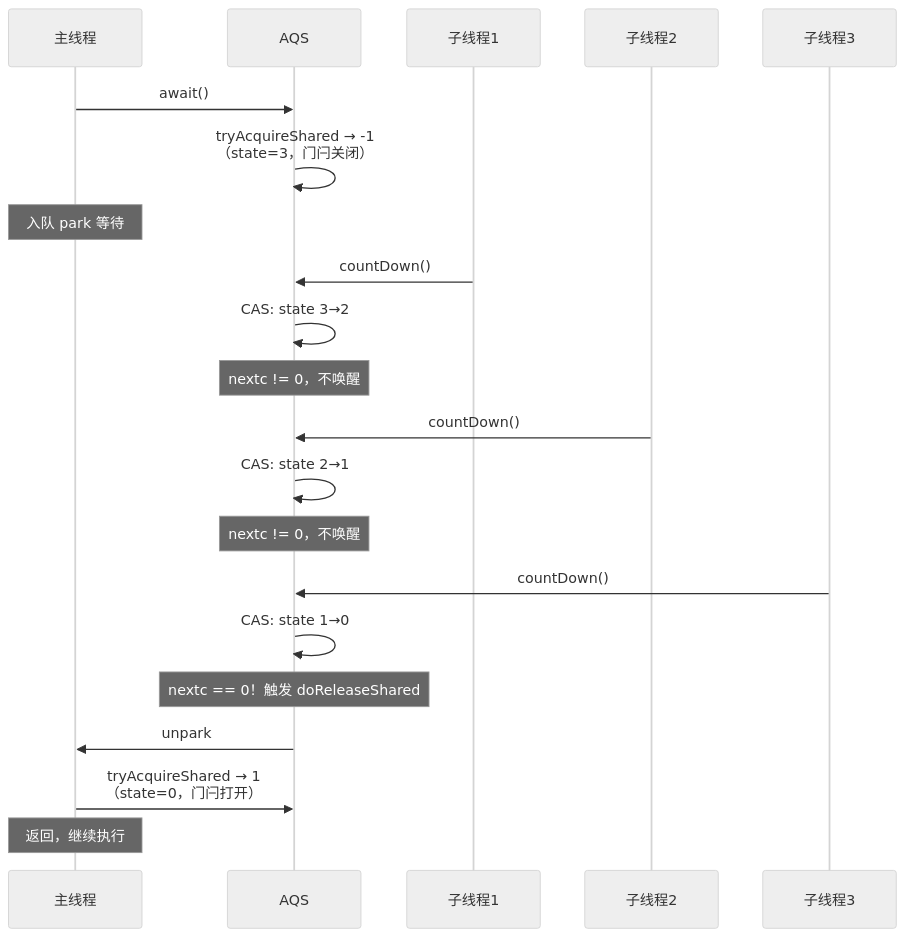
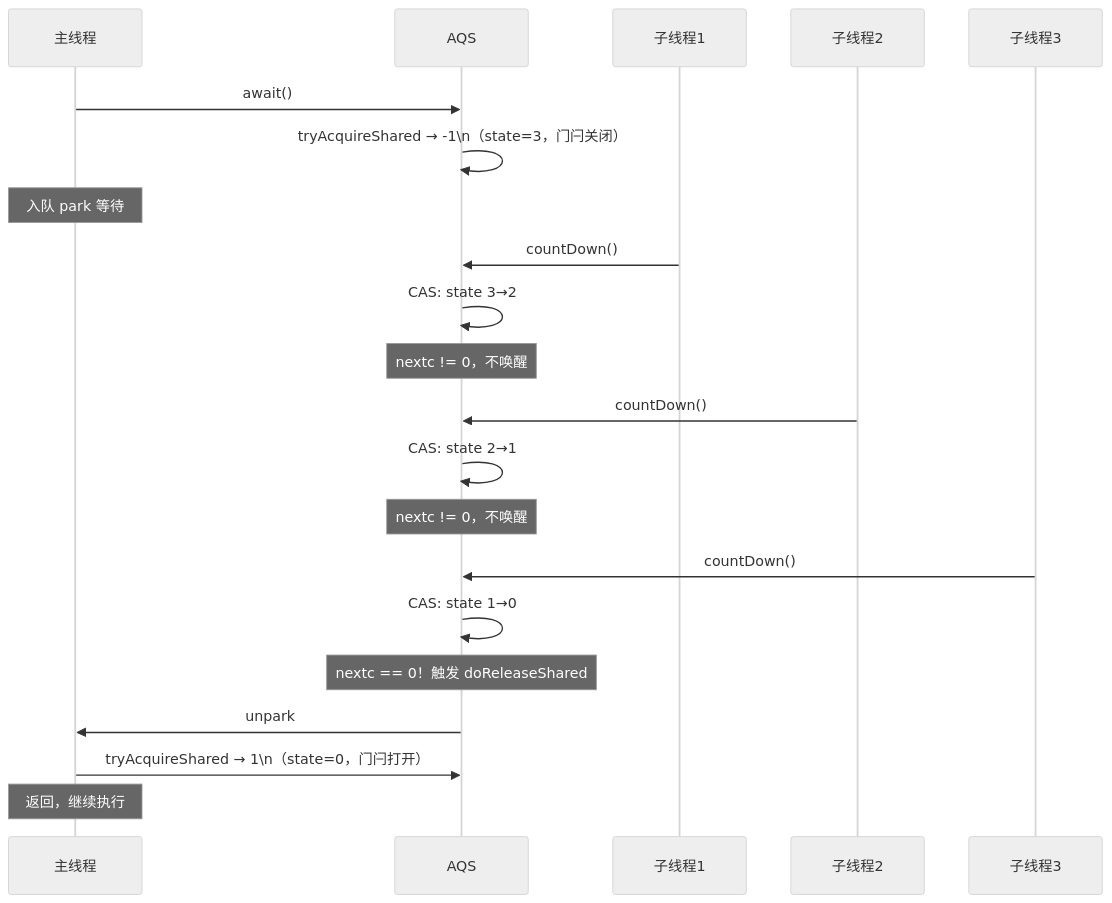
Before and after one commit to yaocat55/yaocat55.github.io: the second of 5 diagrams in content/posts/concurrency/CountDownLatch.md, drawn with Mermaid (neutral theme). The commit also changed other lines of this file and 155 other files, not shown here.

````diff
--- a/content/posts/concurrency/CountDownLatch.md
+++ b/content/posts/concurrency/CountDownLatch.md
@@ -121,27 +121,27 @@
 ```mermaid
 sequenceDiagram
     participant T0 as 主线程
     participant AQS as AQS
     participant T1 as 子线程1
     participant T2 as 子线程2
     participant T3 as 子线程3
 
     T0->>AQS: await()
-    AQS->>AQS: tryAcquireShared → -1<br/>（state=3，门闩关闭）
+    AQS->>AQS: tryAcquireShared → -1\n（state=3，门闩关闭）
     Note over T0: 入队 park 等待
 
     T1->>AQS: countDown()
     AQS->>AQS: CAS: state 3→2
     Note over AQS: nextc != 0，不唤醒
 
     T2->>AQS: countDown()
     AQS->>AQS: CAS: state 2→1
     Note over AQS: nextc != 0，不唤醒
 
     T3->>AQS: countDown()
     AQS->>AQS: CAS: state 1→0
     Note over AQS: nextc == 0！触发 doReleaseShared
     AQS->>T0: unpark
-    T0->>AQS: tryAcquireShared → 1<br/>（state=0，门闩打开）
+    T0->>AQS: tryAcquireShared → 1\n（state=0，门闩打开）
     Note over T0: 返回，继续执行
 ```
````
